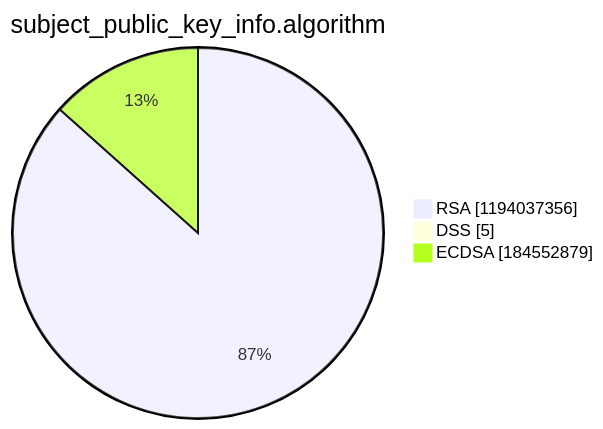
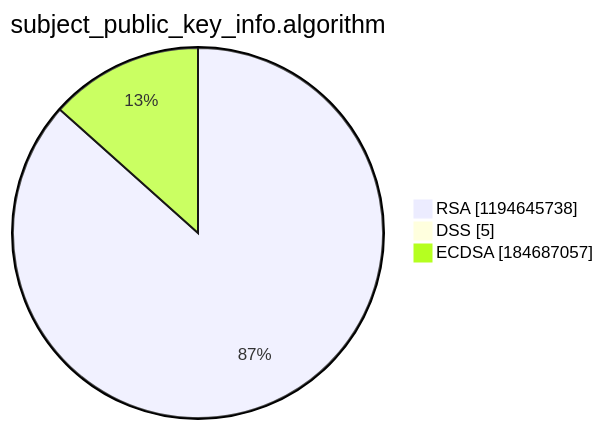
One commit to christiankrug/ctmonitor_visualization changed the third of 15 diagrams in argon2022/README.md. Above: the diagram before and after it, drawn with Mermaid. The commit also changed other lines of this file, not shown here.

````diff
--- a/argon2022/README.md
+++ b/argon2022/README.md
@@ -14,7 +14,7 @@
 ```mermaid
 pie showData
 title subject_public_key_info.algorithm
-"RSA" :1194037356
+"RSA" :1194645738
 "DSS" :5
-"ECDSA" :184552879
+"ECDSA" :184687057
 ```
````
